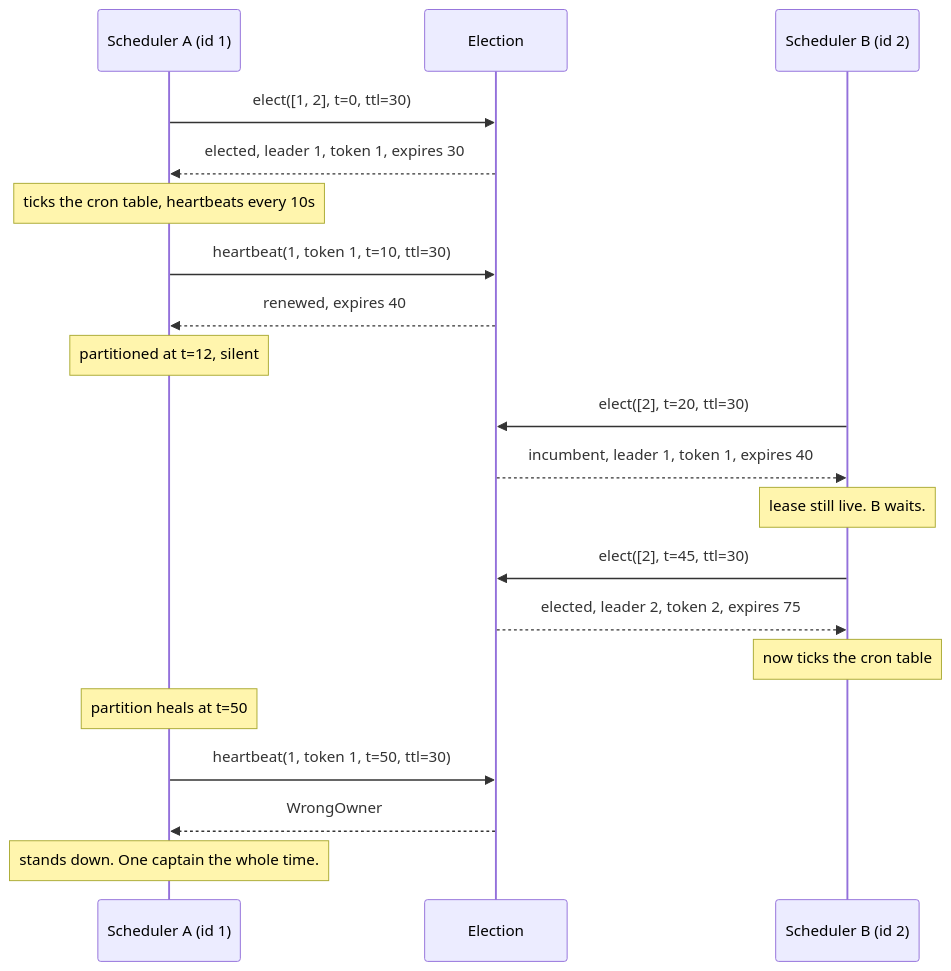
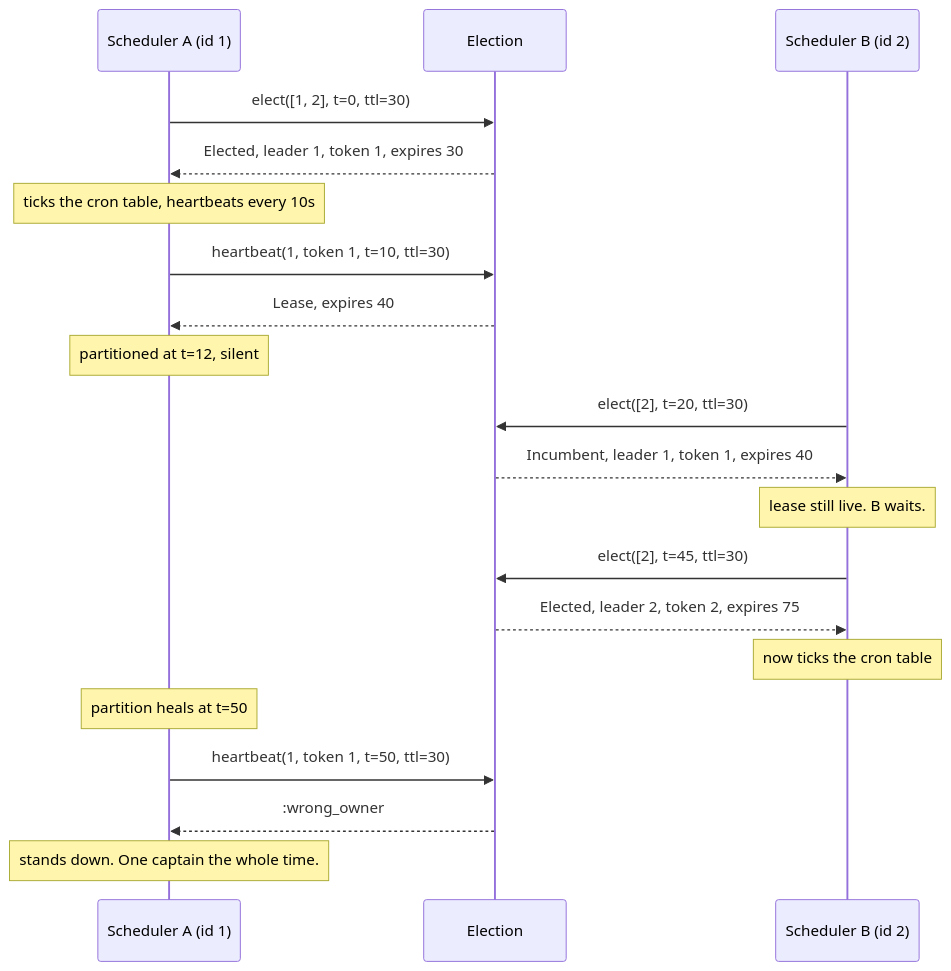
Before and after one commit to seuros/election_machines: the second of 2 diagrams in README.md, drawn with Mermaid. The commit also changed other lines of this file and 21 other files, not shown here.

First line of the commit message:
feat!: carry the lease refusal whole, honour a live incumbent, scoped restorable elections and Integer-nanosecond Ruby values

````diff
--- a/README.md
+++ b/README.md
@@ -70,27 +78,27 @@
 ```mermaid
 sequenceDiagram
     participant A as Scheduler A (id 1)
     participant E as Election
     participant B as Scheduler B (id 2)
 
     A->>E: elect([1, 2], t=0, ttl=30)
-    E-->>A: elected, leader 1, token 1, expires 30
+    E-->>A: Elected, leader 1, token 1, expires 30
     Note over A: ticks the cron table, heartbeats every 10s
     A->>E: heartbeat(1, token 1, t=10, ttl=30)
-    E-->>A: renewed, expires 40
+    E-->>A: Lease, expires 40
 
     Note over A: partitioned at t=12, silent
 
     B->>E: elect([2], t=20, ttl=30)
-    E-->>B: incumbent, leader 1, token 1, expires 40
+    E-->>B: Incumbent, leader 1, token 1, expires 40
     Note over B: lease still live. B waits.
 
     B->>E: elect([2], t=45, ttl=30)
-    E-->>B: elected, leader 2, token 2, expires 75
+    E-->>B: Elected, leader 2, token 2, expires 75
     Note over B: now ticks the cron table
 
     Note over A: partition heals at t=50
     A->>E: heartbeat(1, token 1, t=50, ttl=30)
-    E-->>A: WrongOwner
+    E-->>A: :wrong_owner
     Note over A: stands down. One captain the whole time.
 ```
````
